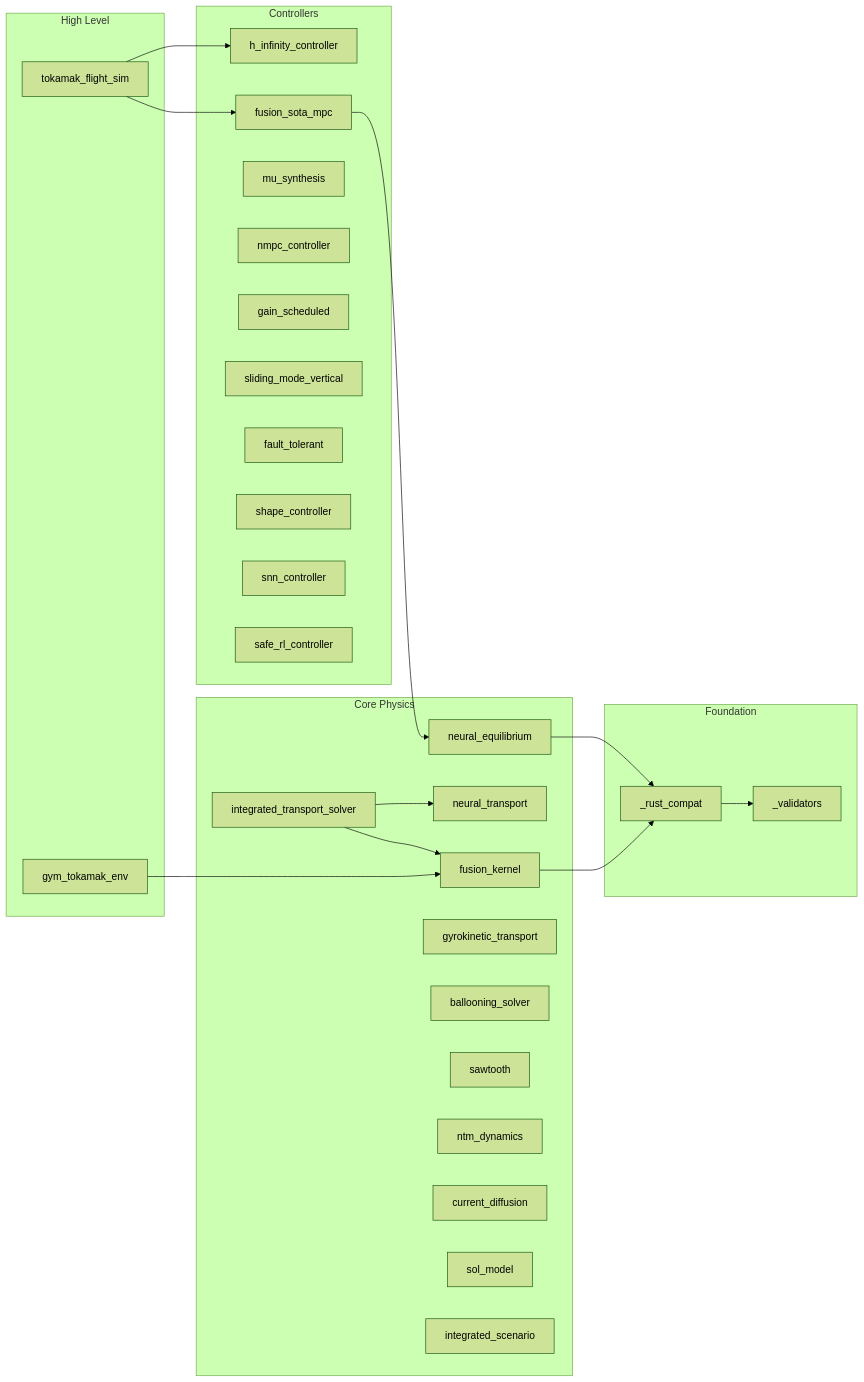
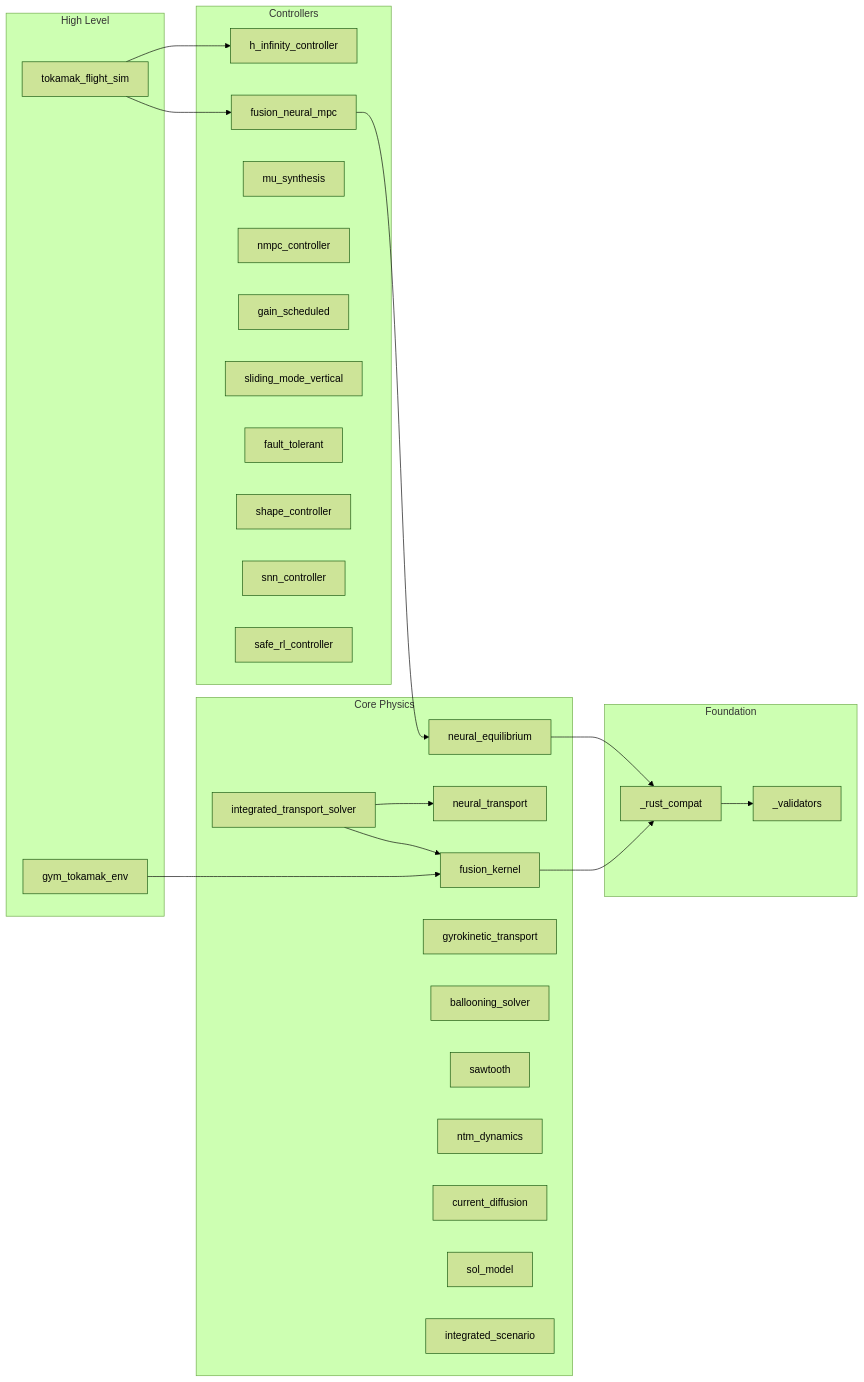
The third of 5 diagrams in docs/architecture.md (anulum/scpn-control), drawn with Mermaid (forest theme) before and after one commit. The commit also changed 22 other files, not shown here.

First line of the commit message:
refactor: rename fusion_sota_mpc to fusion_neural_mpc

````diff
--- a/docs/architecture.md
+++ b/docs/architecture.md
@@ -172,49 +172,49 @@
 ```mermaid
 graph LR
     subgraph "High Level"
         FS[tokamak_flight_sim]
         GYM[gym_tokamak_env]
     end
 
     subgraph "Controllers"
-        MPC[fusion_sota_mpc]
+        MPC[fusion_neural_mpc]
         HINF[h_infinity_controller]
         MU[mu_synthesis]
         NMPC[nmpc_controller]
         GS_CTRL[gain_scheduled]
         SM[sliding_mode_vertical]
         FT[fault_tolerant]
         SC[shape_controller]
         SNN[snn_controller]
         SRL[safe_rl_controller]
     end
 
     subgraph "Core Physics"
         ITS[integrated_transport_solver]
         FK[fusion_kernel]
         NEQ[neural_equilibrium]
         NT[neural_transport]
         GT[gyrokinetic_transport]
         BS[ballooning_solver]
         ST[sawtooth]
         NTM[ntm_dynamics]
         CD[current_diffusion]
         SOL[sol_model]
         ISS[integrated_scenario]
     end
 
     subgraph "Foundation"
         RC[_rust_compat]
         VAL[_validators]
     end
 
     FS --> MPC
     FS --> HINF
     GYM --> FK
     MPC --> NEQ
     ITS --> FK
     ITS --> NT
     FK --> RC
     NEQ --> RC
     RC --> VAL
 ```
````
